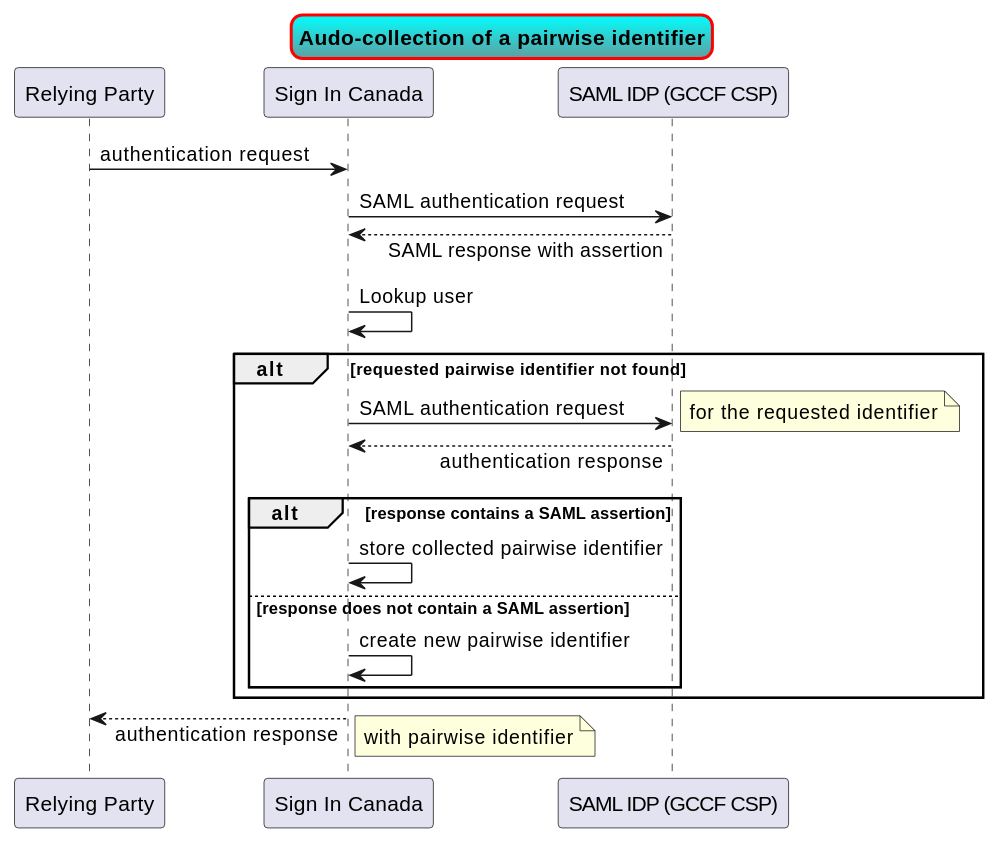
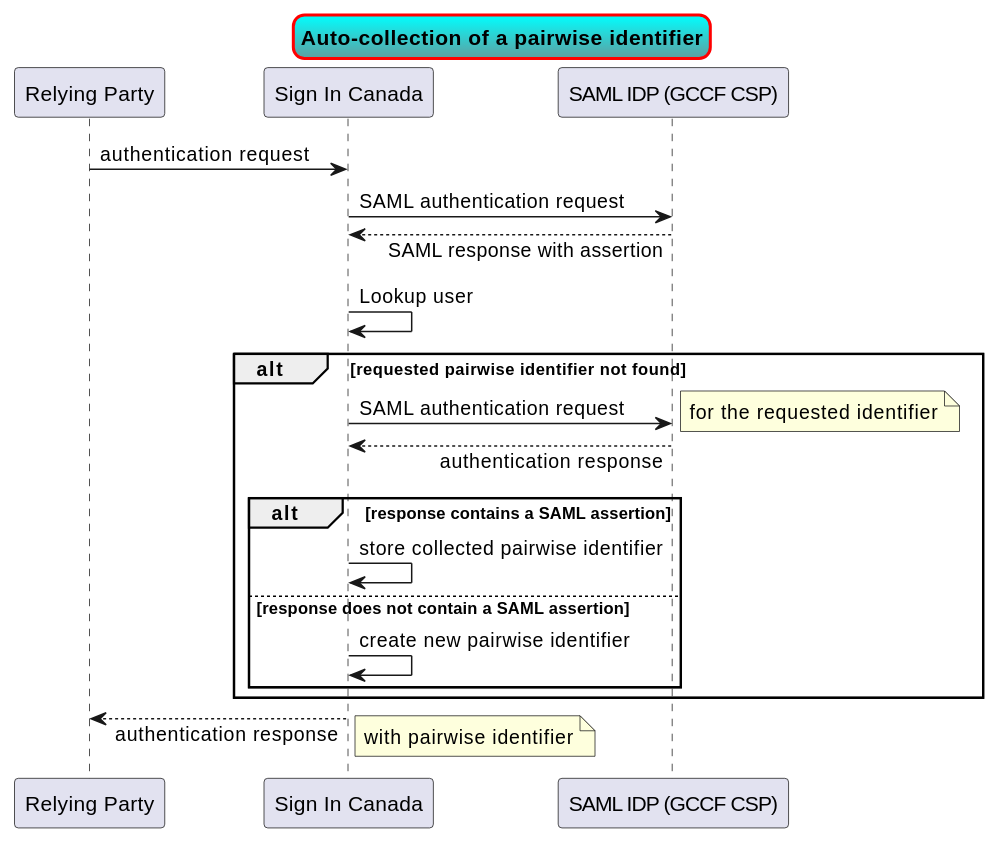
One commit to shippy6969/sign-in-canada_authenti-canada changed the diagram in en/discover/auto-collection.md. Above: the diagram before and after it, drawn with PlantUML. The commit also changed other lines of this file, not shown here.

````diff
--- a/en/discover/auto-collection.md
+++ b/en/discover/auto-collection.md
@@ -30,28 +30,28 @@
 ```plantuml!
 skinparam sequenceMessageAlign direction
 skinparam responseMessageBelowArrow true
 skinparam titleBorderRoundCorner 15
 skinparam titleBorderThickness 2
 skinparam titleBorderColor red
 skinparam titleBackgroundColor Aqua-CadetBlue
-title Audo-collection of a pairwise identifier
+title Auto-collection of a pairwise identifier
 Participant "Relying Party" as RP
 Participant "Sign In Canada" as SIC
 Participant "SAML IDP (GCCF CSP)" as IDP
 RP -> SIC : authentication request
 SIC -> IDP : SAML authentication request
 SIC <-- IDP : SAML response with assertion
 SIC -> SIC : Lookup user
 alt requested pairwise identifier not found
    SIC -> IDP : SAML authentication request
    note right : for the requested identifier
    SIC <-- IDP : authentication response
    alt response contains a SAML assertion
       SIC -> SIC : store collected pairwise identifier
    else response does not contain a SAML assertion
       SIC -> SIC : create new pairwise identifier
    end
 end
 RP <-- SIC : authentication response
 note right : with pairwise identifier
 ```
````
